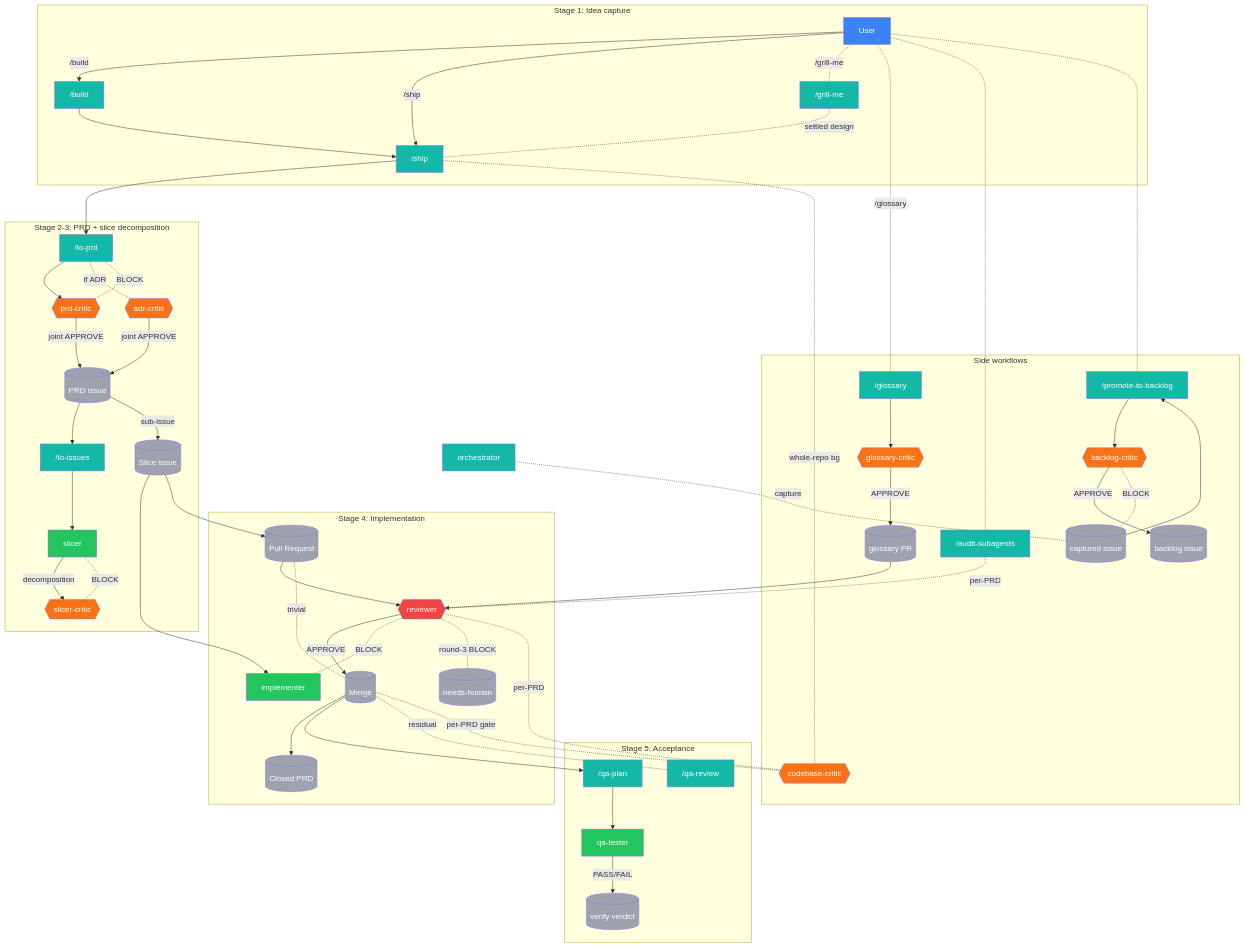
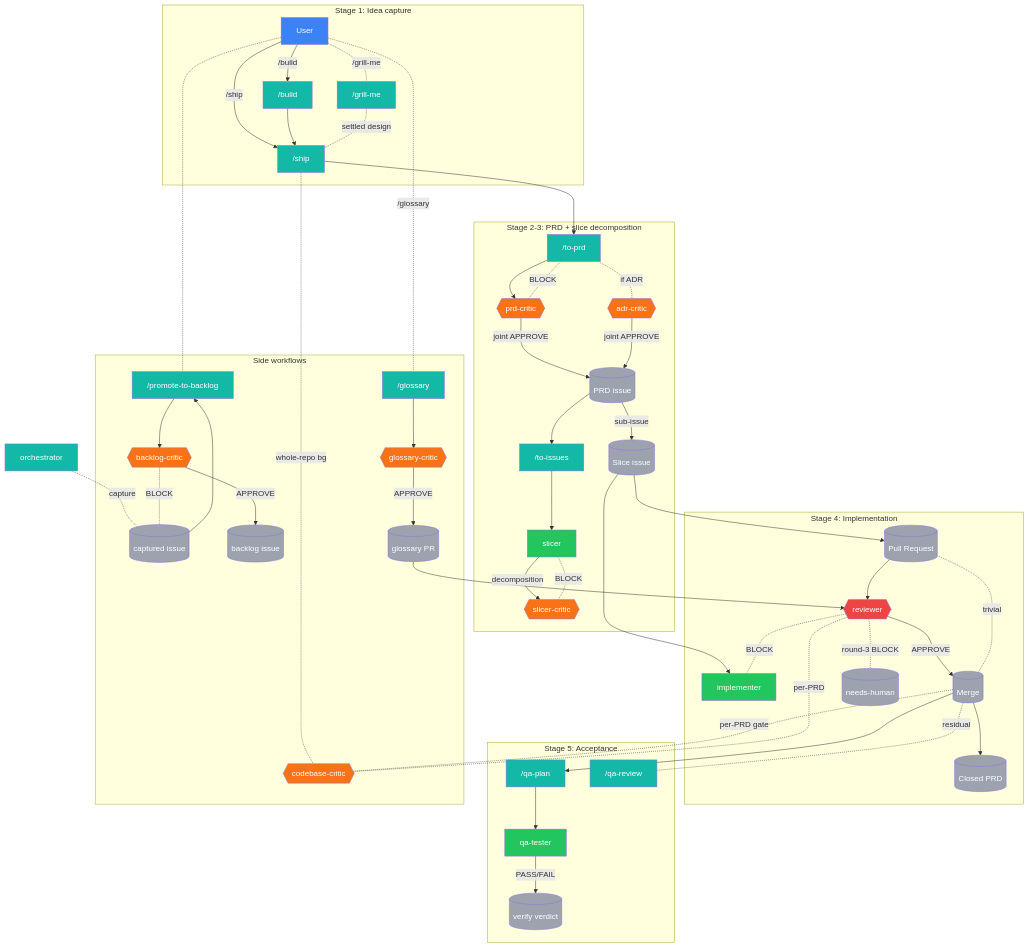
Before and after one commit to vojtech-stas/project-claude: the diagram in README.md, drawn with Mermaid. The commit also changed other lines of this file and 12 other files, not shown here.

First line of the commit message:
feat(audit): promote audit-subagents checks to CI

```diff
--- a/README.md
+++ b/README.md
@@ -165,7 +165,6 @@
   subgraph SS["Side workflows"]
     glossary["/glossary"]
     promote_to_backlog["/promote-to-backlog"]
-    audit_subagents["/audit-subagents"]
     glossary_critic{{glossary-critic}}
     backlog_critic{{backlog-critic}}
     codebase_critic{{codebase-critic}}
@@ -208,8 +207,6 @@
   glossary --> glossary_critic
   glossary_critic -->|APPROVE| glossary_pr
   glossary_pr --> reviewer
-  user -.- audit_subagents
-  audit_subagents -.per-PRD.- reviewer
   orchestrator -.capture.- captured_issue
   user -.- promote_to_backlog
   captured_issue --> promote_to_backlog
@@ -223,7 +220,7 @@
   classDef reviewer_cls fill:#ef4444,color:#fff
   classDef artifact fill:#9ca3af,color:#fff
   class user human
-  class audit_subagents,build,glossary,grill_me,orchestrator,promote_to_backlog,qa_plan,qa_review,ship,to_issues,to_prd skill
+  class build,glossary,grill_me,orchestrator,promote_to_backlog,qa_plan,qa_review,ship,to_issues,to_prd skill
   class implementer,qa_tester,slicer gen
   class adr_critic,backlog_critic,codebase_critic,glossary_critic,prd_critic,slicer_critic critic
   class reviewer reviewer_cls
```
